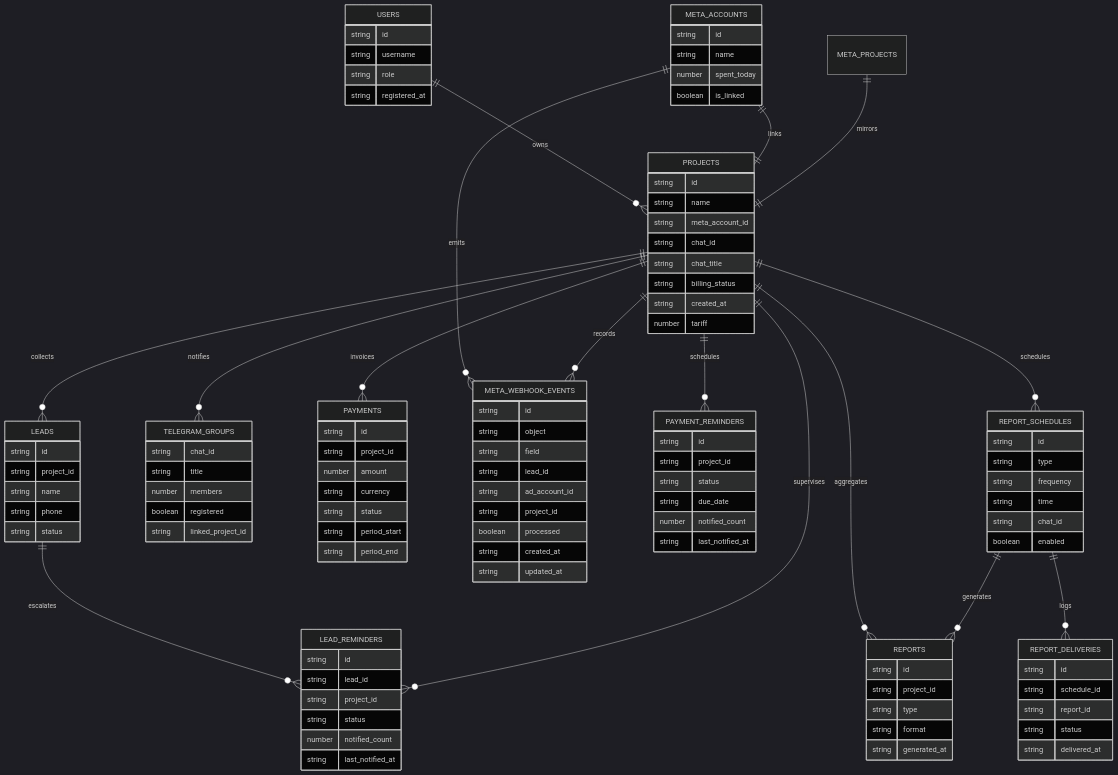
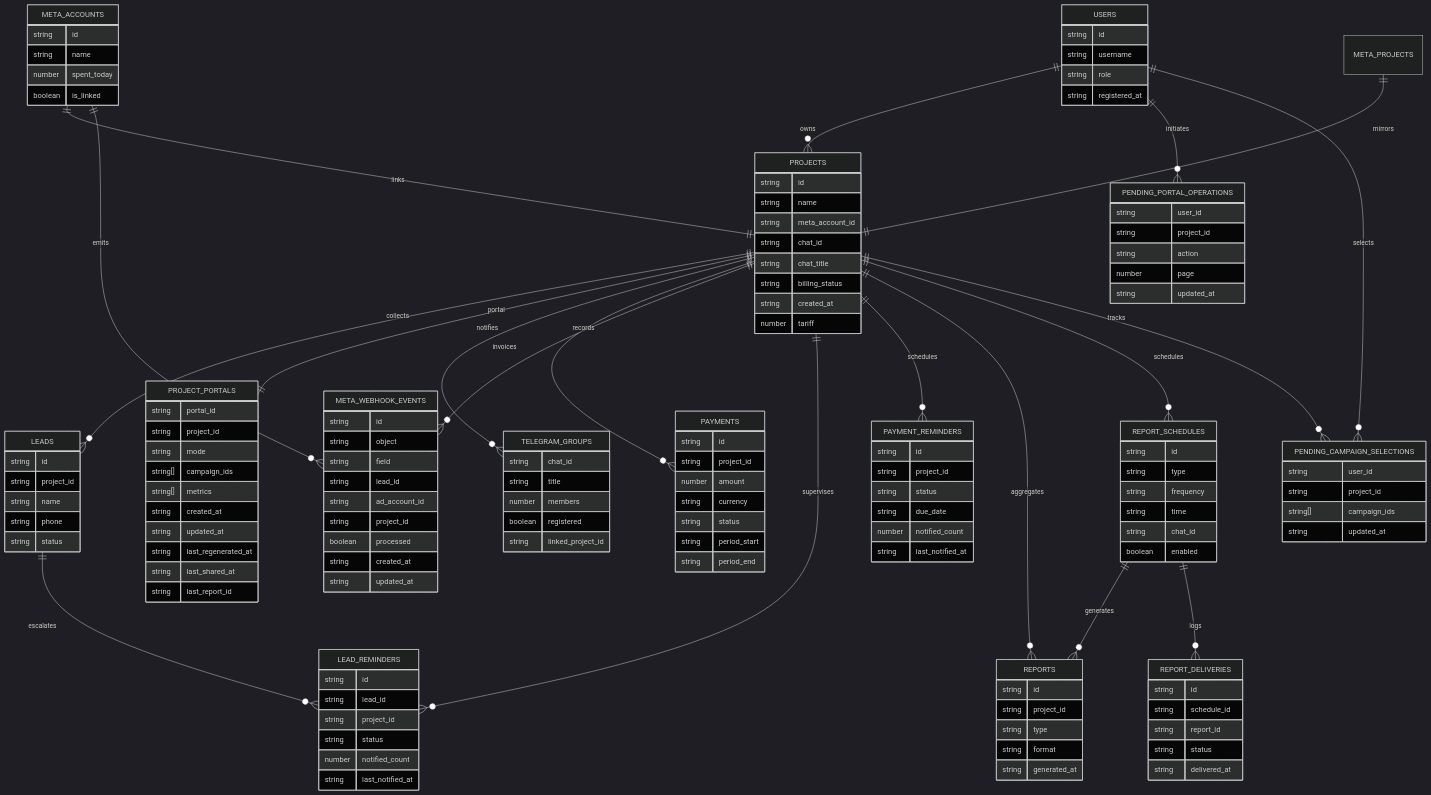
The third of 3 diagrams in README.md (buyclientuz-pixel/targetbot), drawn with Mermaid (dark theme) before and after one commit. The commit also changed other lines of this file and 9 other files, not shown here.

Commit message:
feat: document portal controls and report callbacks

````diff
--- a/README.md
+++ b/README.md
@@ -148,6 +148,7 @@
     PROJECTS ||--o{ LEADS : collects
     META_ACCOUNTS ||--|| PROJECTS : links
     META_PROJECTS ||--|| PROJECTS : mirrors
+    PROJECTS ||--|| PROJECT_PORTALS : portal
     PROJECTS ||--o{ TELEGRAM_GROUPS : notifies
     PROJECTS ||--o{ PAYMENTS : invoices
     META_ACCOUNTS ||--o{ META_WEBHOOK_EVENTS : emits
@@ -159,6 +160,9 @@
     PROJECTS ||--o{ REPORT_SCHEDULES : schedules
     REPORT_SCHEDULES ||--o{ REPORTS : generates
     REPORT_SCHEDULES ||--o{ REPORT_DELIVERIES : logs
+    USERS ||--o{ PENDING_PORTAL_OPERATIONS : initiates
+    USERS ||--o{ PENDING_CAMPAIGN_SELECTIONS : selects
+    PROJECTS ||--o{ PENDING_CAMPAIGN_SELECTIONS : tracks
 
     USERS {
         string id
@@ -254,4 +258,29 @@
         string status
         string delivered_at
     }
+    PROJECT_PORTALS {
+        string portal_id
+        string project_id
+        string mode
+        string[] campaign_ids
+        string[] metrics
+        string created_at
+        string updated_at
+        string last_regenerated_at
+        string last_shared_at
+        string last_report_id
+    }
+    PENDING_PORTAL_OPERATIONS {
+        string user_id
+        string project_id
+        string action
+        number page
+        string updated_at
+    }
+    PENDING_CAMPAIGN_SELECTIONS {
+        string user_id
+        string project_id
+        string[] campaign_ids
+        string updated_at
+    }
 ```
````
